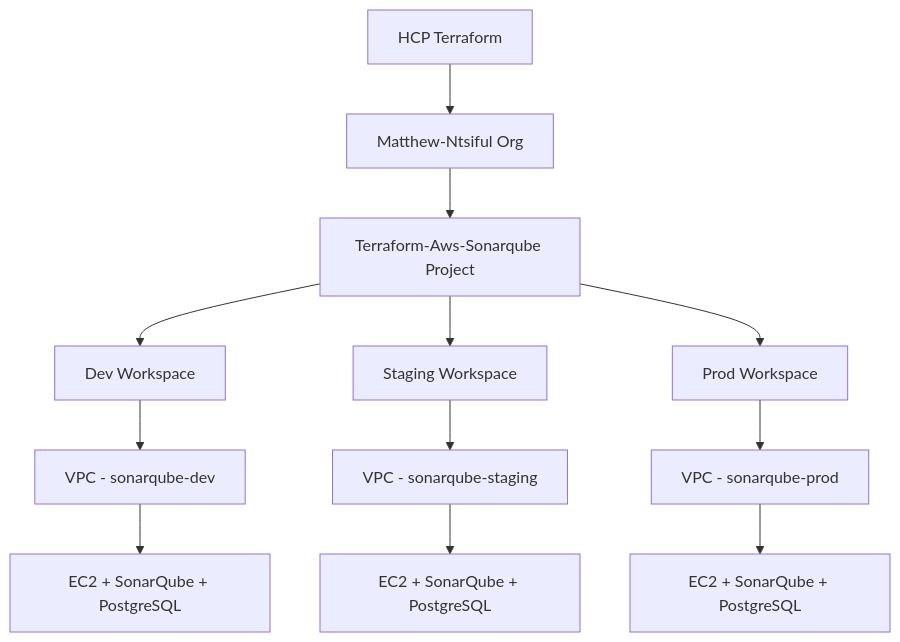
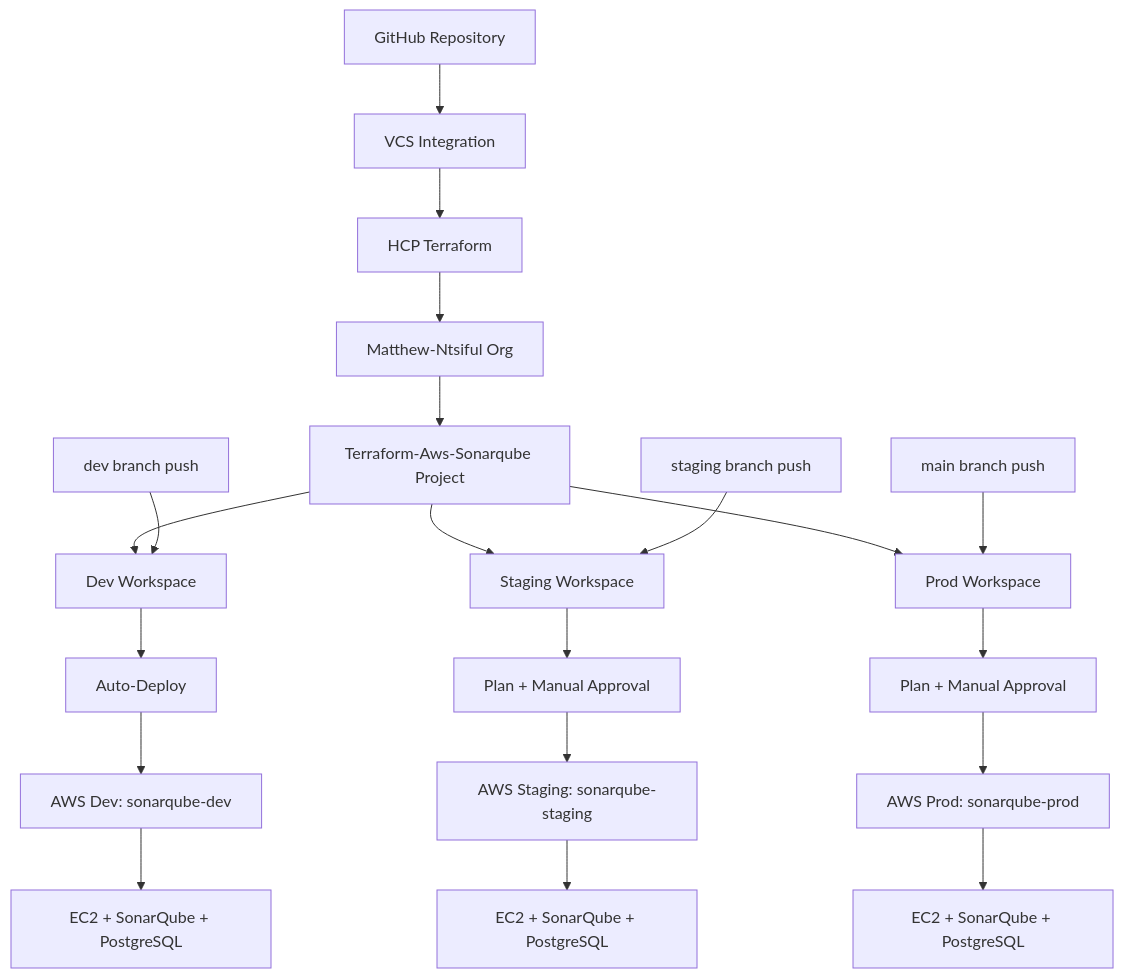
One commit to matthewntsiful/terraform-aws-sonarqube changed the diagram in README.md. Above: the diagram before and after it, drawn with Mermaid. The commit also changed other lines of this file, not shown here.

````diff
--- a/README.md
+++ b/README.md
@@ -15,16 +15,27 @@
 ```mermaid
 graph TD
-    A[HCP Terraform] --> B[Matthew-Ntsiful Org]
-    B --> C[Terraform-Aws-Sonarqube Project]
-    C --> D[Dev Workspace]
-    C --> E[Staging Workspace]
-    C --> F[Prod Workspace]
+    A[GitHub Repository] --> B[VCS Integration]
+    B --> C[HCP Terraform]
+    C --> D[Matthew-Ntsiful Org]
+    D --> E[Terraform-Aws-Sonarqube Project]
     
-    D --> G[VPC - sonarqube-dev]
-    E --> H[VPC - sonarqube-staging]
-    F --> I[VPC - sonarqube-prod]
+    E --> F[Dev Workspace]
+    E --> G[Staging Workspace] 
+    E --> H[Prod Workspace]
     
-    G --> J[EC2 + SonarQube + PostgreSQL]
-    H --> K[EC2 + SonarQube + PostgreSQL]
-    I --> L[EC2 + SonarQube + PostgreSQL]
+    I[dev branch push] --> F
+    J[staging branch push] --> G
+    K[main branch push] --> H
+    
+    F --> L[Auto-Deploy]
+    G --> M[Plan + Manual Approval]
+    H --> N[Plan + Manual Approval]
+    
+    L --> O[AWS Dev: sonarqube-dev]
+    M --> P[AWS Staging: sonarqube-staging]
+    N --> Q[AWS Prod: sonarqube-prod]
+    
+    O --> R[EC2 + SonarQube + PostgreSQL]
+    P --> S[EC2 + SonarQube + PostgreSQL]
+    Q --> T[EC2 + SonarQube + PostgreSQL]
 ```
````
